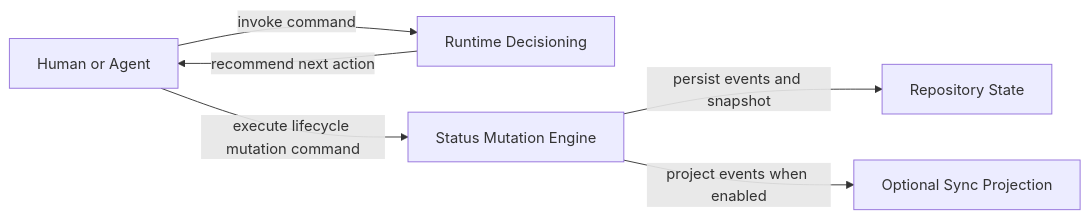
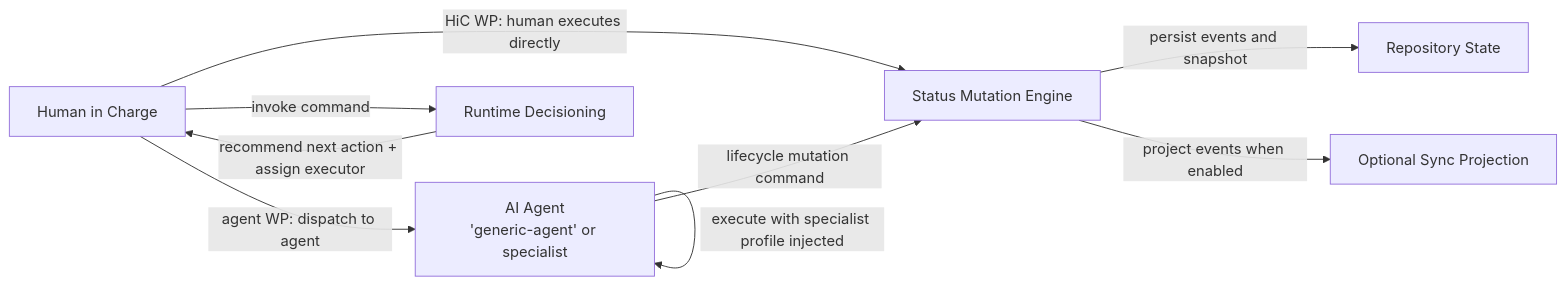
Before and after one commit to Priivacy-ai/spec-kitty: the second of 3 diagrams in architecture/2.x/README.md, drawn with Mermaid. The commit also changed other lines of this file and 732 other files, not shown here.

````diff
--- a/architecture/2.x/README.md
+++ b/architecture/2.x/README.md
@@ -147,14 +150,18 @@
 ```mermaid
 flowchart LR
-    user[Human or Agent]
+    hic[Human in Charge]
+    agent[AI Agent\n'generic-agent' or specialist]
     runtime[Runtime Decisioning]
     status[Status Mutation Engine]
     repo[Repository State]
     sync[Optional Sync Projection]
 
-    user -->|invoke command| runtime
-    runtime -->|recommend next action| user
-    user -->|execute lifecycle mutation command| status
+    hic -->|invoke command| runtime
+    runtime -->|recommend next action + assign executor| hic
+    hic -->|HiC WP: human executes directly| status
+    hic -->|agent WP: dispatch to agent| agent
+    agent -->|execute with specialist profile injected| agent
+    agent -->|lifecycle mutation command| status
     status -->|persist events and snapshot| repo
     status -->|project events when enabled| sync
 ```
````
